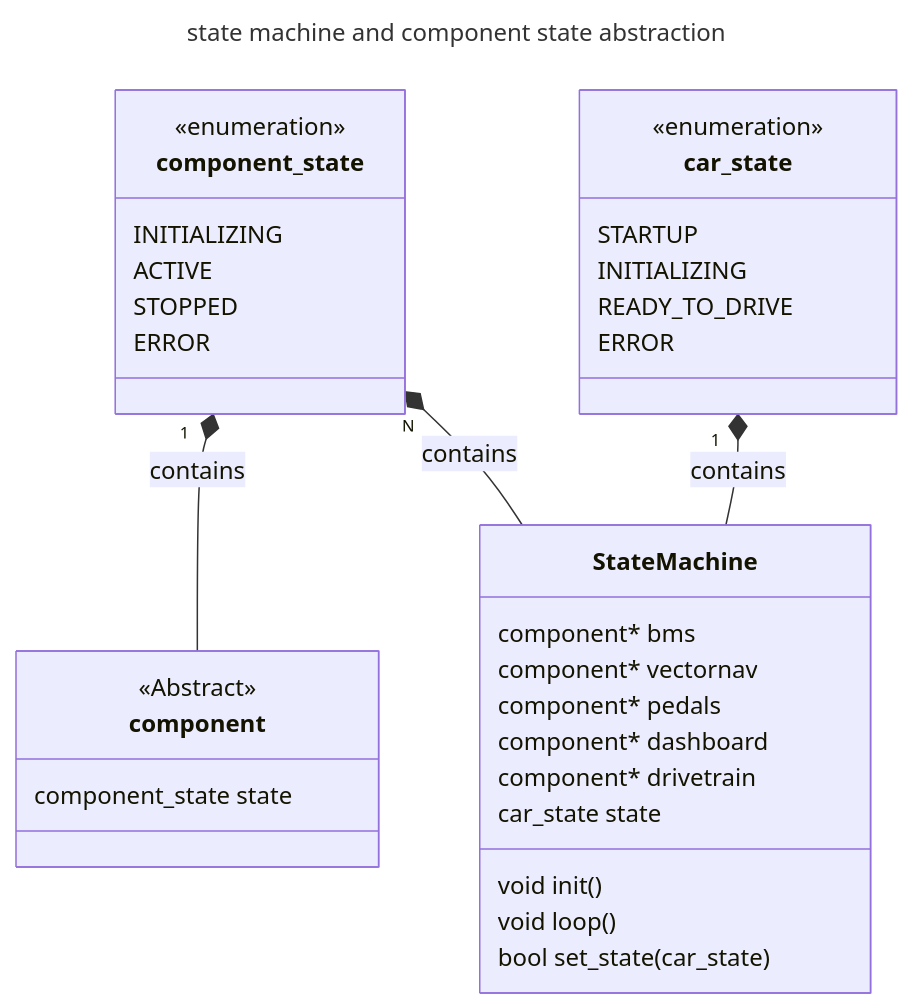
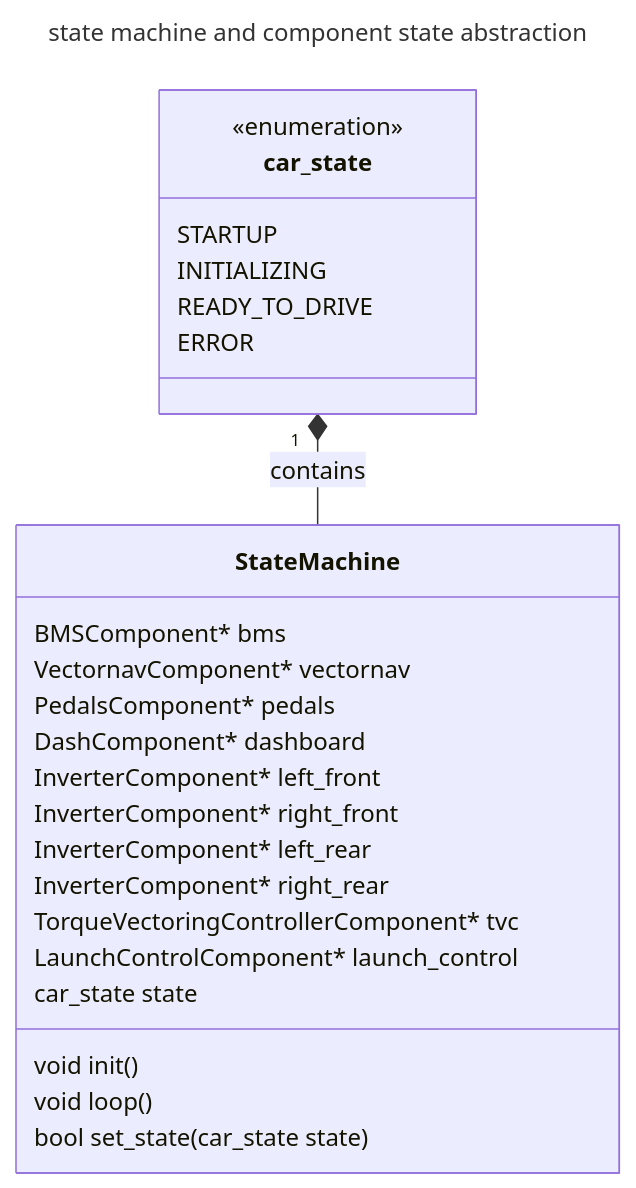
Before and after one commit to hytech-racing/MCU: the first of 3 diagrams in README.md, drawn with Mermaid. The commit also changed other lines of this file, not shown here.

Commit message:
removed layer of abstraction

````diff
--- a/README.md
+++ b/README.md
@@ -46,45 +46,40 @@
 ```mermaid
 ---
 title: state machine and component state abstraction
 ---
 classDiagram
 
-    class component_state{
-        <<enumeration>>
-        INITIALIZING
-        ACTIVE
-        STOPPED
-        ERROR
-    }
+    
     class car_state{
         <<enumeration>>
         STARTUP
         INITIALIZING 
         READY_TO_DRIVE
         ERROR
     }
     class StateMachine {
         
-        component* bms
-        component* vectornav
-        component* pedals
-        component* dashboard
-        component* drivetrain
+        BMSComponent* bms
+        VectornavComponent* vectornav
+        PedalsComponent* pedals
+        DashComponent* dashboard
+
+
+        InverterComponent* left_front
+        InverterComponent* right_front
+        InverterComponent* left_rear
+        InverterComponent* right_rear
+
+        TorqueVectoringControllerComponent* tvc
+        LaunchControlComponent* launch_control
 
         car_state state
         void init()
         void loop()
-        bool set_state(car_state)
+        bool set_state(car_state state)
     }
     
-    class component{
-        <<Abstract>>
-        component_state state
-    }
 
-
-    component_state "1" *-- component : contains
-    component_state "N" *-- StateMachine : contains
     car_state "1" *-- StateMachine : contains
 
 ```
````
